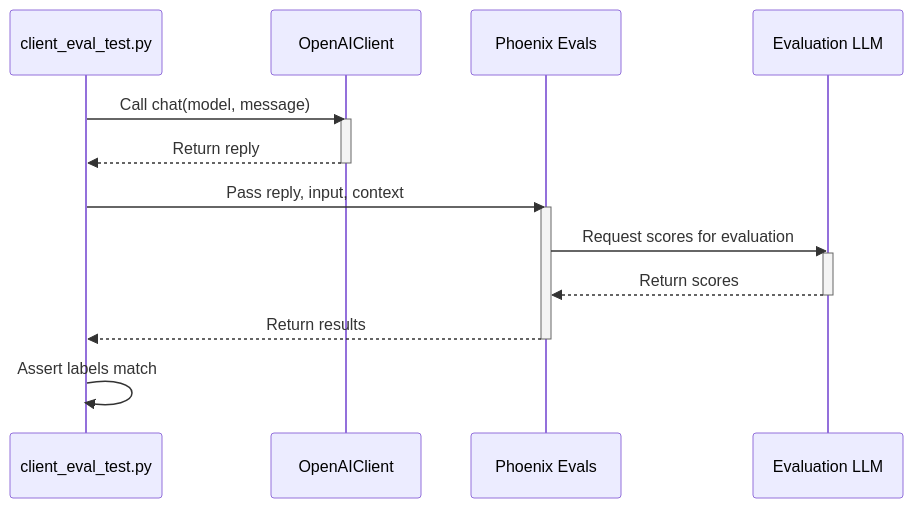
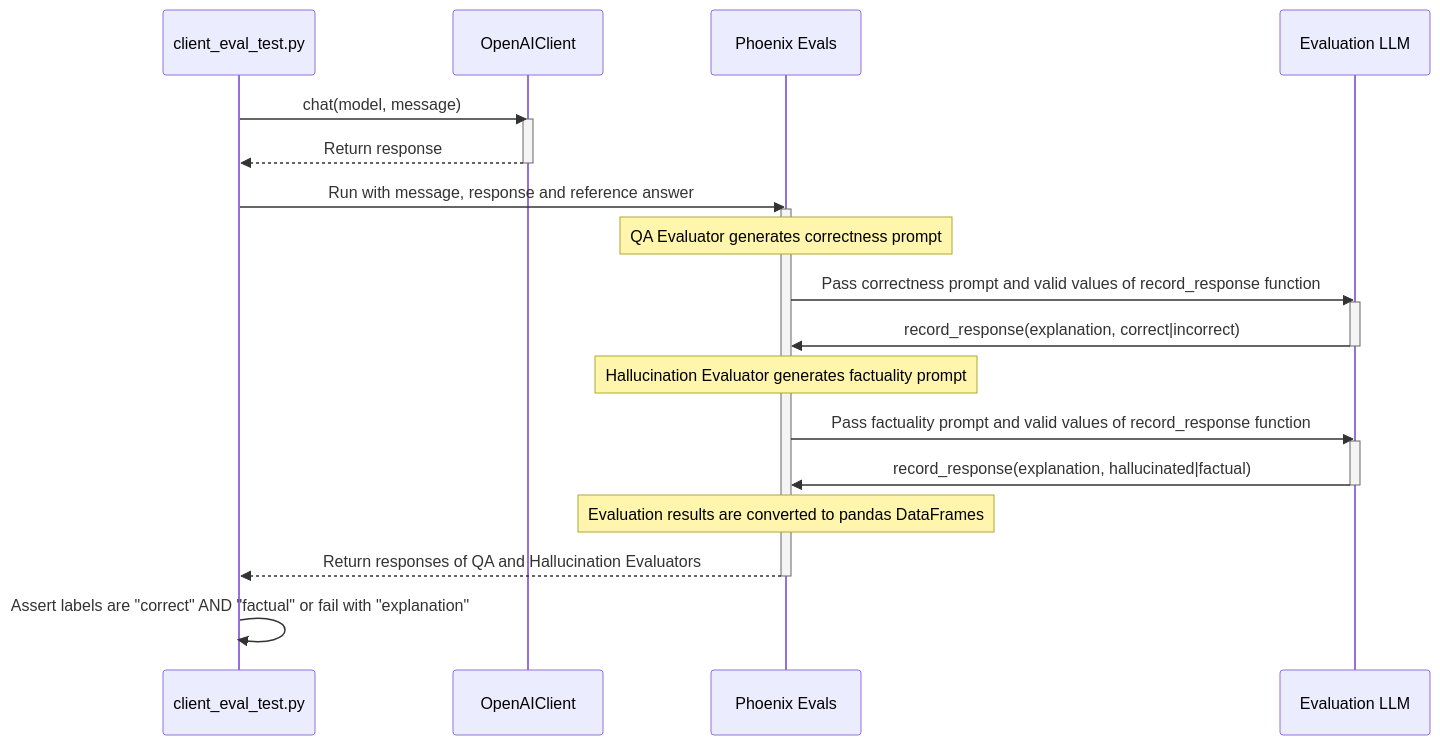
Before and after one commit to elastic/testing-genai-applications: the diagram in 07-eval/README.md, drawn with Mermaid. The commit also changed other lines of this file and 39 other files, not shown here.

````diff
--- a/07-eval/README.md
+++ b/07-eval/README.md
@@ -8,21 +7,35 @@
 ```mermaid
 sequenceDiagram
     participant Test as client_eval_test.py
     participant Client as OpenAIClient
-    participant Phoenix Evals
+    participant Evals as Phoenix Evals
     participant LLM as Evaluation LLM
 
-    Test ->> Client: Call chat(model, message)
+    Test ->> Client: chat(model, message)
     activate Client
-    Client -->> Test: Return reply
+    Client -->> Test: Return response
     deactivate Client
-    Test ->> Phoenix Evals: Pass reply, input, context
-    activate Phoenix Evals
-    Phoenix Evals ->> LLM: Request scores for evaluation
+
+    Test ->> Evals: Run with message, response and reference answer
+    activate Evals
+
+    Note over Evals: QA Evaluator generates correctness prompt
+    Evals ->> LLM: Pass correctness prompt and valid values of record_response function
+    
     activate LLM
-    LLM -->> Phoenix Evals: Return scores
+    LLM ->> Evals: record_response(explanation, correct|incorrect)
     deactivate LLM
-    Phoenix Evals -->> Test: Return results
-    deactivate Phoenix Evals
-    Test ->> Test: Assert labels match
+
+    Note over Evals: Hallucination Evaluator generates factuality prompt
+    Evals ->> LLM: Pass factuality prompt and valid values of record_response function
+
+    activate LLM
+    LLM ->> Evals: record_response(explanation, hallucinated|factual)
+    deactivate LLM
+
+    Note over Evals: Evaluation results are converted to pandas DataFrames
+    Evals-->>Test: Return responses of QA and Hallucination Evaluators
+    deactivate Evals
+
+    Test->>Test: Assert labels are "correct" AND "factual" or fail with "explanation"
 ```
````
